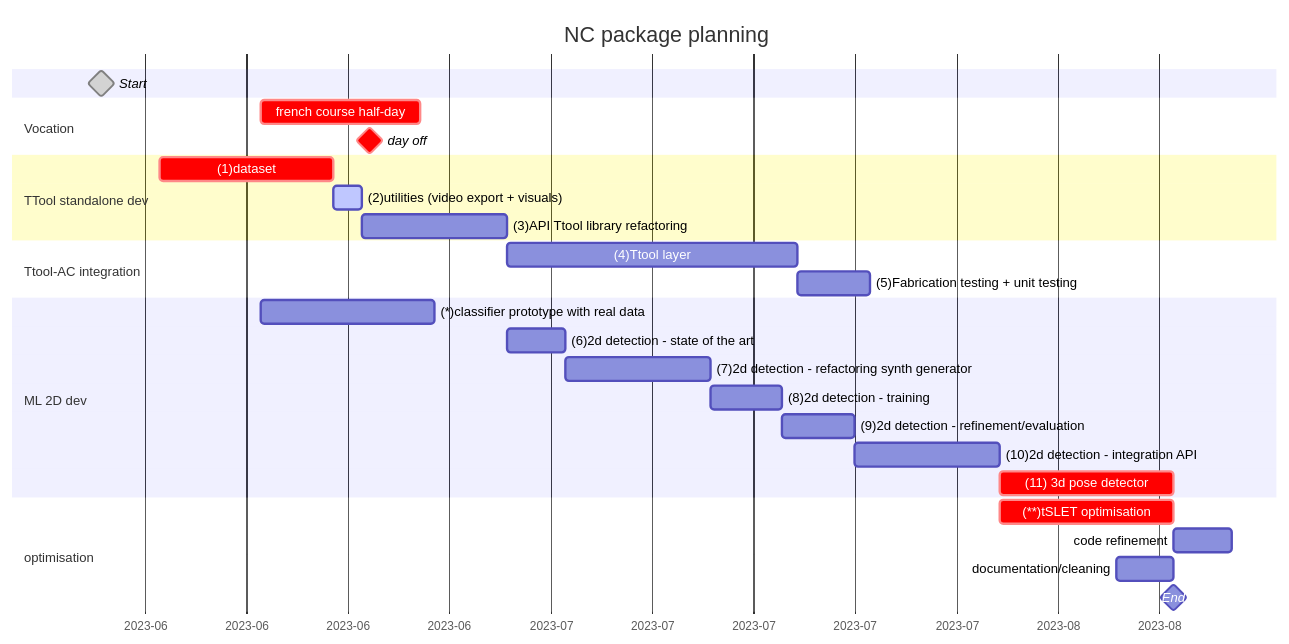
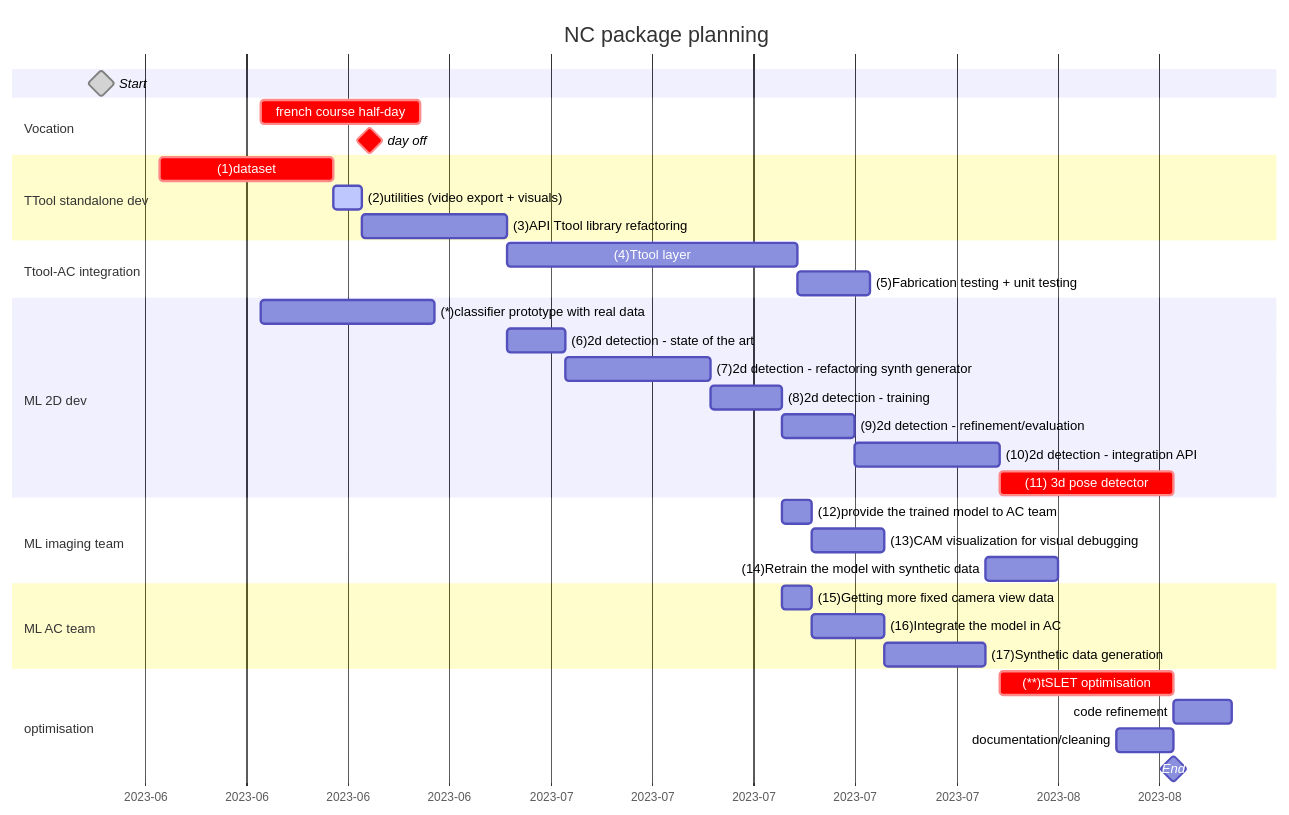
One commit to ibois-epfl/TTool changed the diagram in README.md. Above: the diagram before and after it, drawn with Mermaid.

Commit message:
UPDATE: Imaging + AC colab

````diff
--- a/README.md
+++ b/README.md
@@ -10,38 +10,48 @@
 ```mermaid
 gantt
     dateFormat  YYYY-MM-DD
     title       NC package planning
     axisFormat %Y-%m
 
     Start                                                     :milestone, done, strt, 2023-06-01, 0d
 
     section Vocation
     french course half-day                                    :crit, 2023-06-12, 2023-06-23
     day off                                                   :crit, milestone, 2023-06-16
 
     section TTool standalone dev
     (1)dataset                                                   :crit, dtset, 2023-06-05, 12d
     (2)utilities (video export + visuals)                        :active, util, after dtset, 2d
     (3)API Ttool library refactoring                             :apirefct, after util, 10d
 
     section Ttool-AC integration
     (4)Ttool layer                                               :ttollay, after apirefct, 20d
     (5)Fabrication testing + unit testing                        :ftref, after ttollay, 5d
 
     section ML 2D dev
     (*)classifier prototype with real data                       :classrdata, 2023-06-12, 2023-06-24
     (6)2d detection - state of the art                           :2ddetsota, after apirefct, 4d
     (7)2d detection - refactoring synth generator                :2ddetref, after 2ddetsota, 10d
     (8)2d detection - training                                   :2ddettra, after 2ddetref, 5d
     (9)2d detection - refinement/evaluation                      :2ddetrefin, after 2ddettra, 5d
     (10)2d detection - integration API                           :2ddetinteg, after 2ddetrefin, 10d
     (11) 3d pose detector                                        :crit, 3dposde, after 2ddetinteg, 12d
 
+    section ML imaging team
+    (12)provide the trained model to AC team :providemodel, 2023-07-18, 2023-07-20
+    (13)CAM visualization for visual debugging :camvis, after providemodel, 5d
+    (14)Retrain the model with synthetic data :retrain, after synth, 5d
+
+    section ML AC team
+    (15)Getting more fixed camera view data :getdata, 2023-07-18, 2023-07-20
+    (16)Integrate the model in AC :integ, after getdata, 5d
+    (17)Synthetic data generation :synth, after integ, 7d
+
     section optimisation
     (**)tSLET optimisation                                        :crit, optim, after 2ddetinteg, 12d
 
     code refinement                                           :ref, after 3dposde, 4d
     documentation/cleaning                                    :docclean, 2023-08-10, 2023-08-14
 
     End                                                       :milestone, ender, 2023-08-14, 0d
 ```
````
